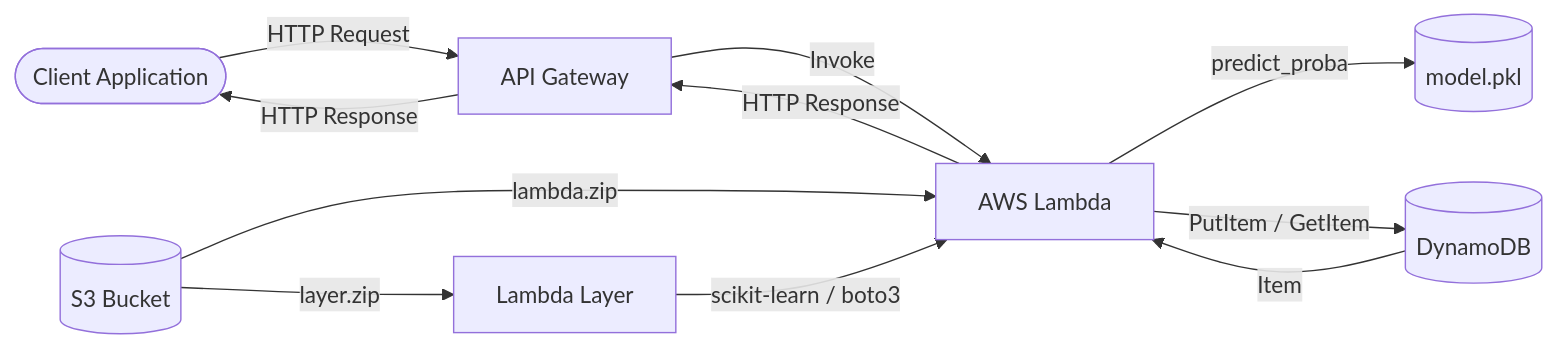
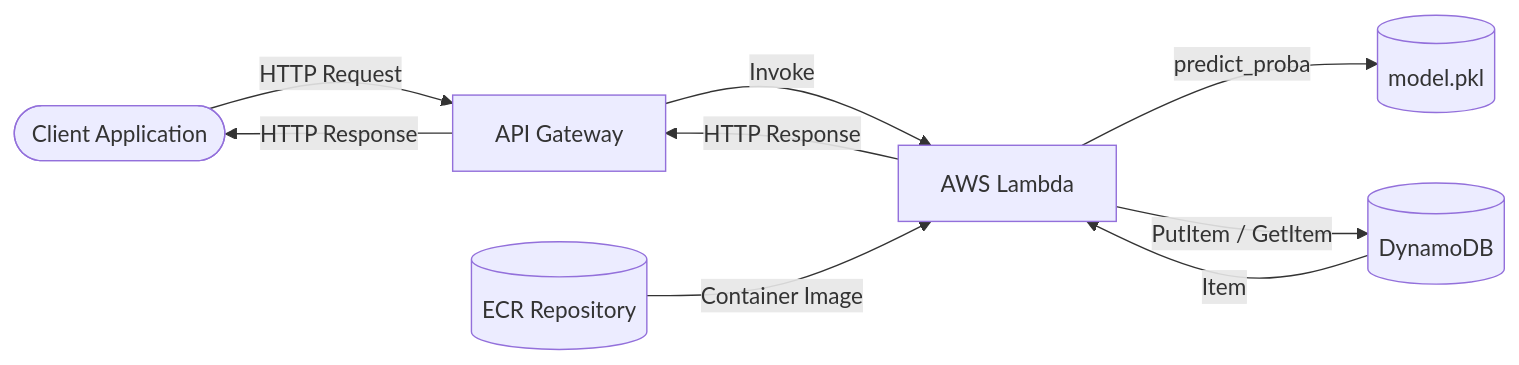
The first of 3 diagrams in README.md (sophie-pyxis/mlops_engineer_test_01), drawn with Mermaid before and after one commit. The commit also changed other lines of this file and 3 other files, not shown here.

Commit message:
fix(infra): substitui Lambda Layer por container image no ECR para contornar limite de 250MB

````diff
--- a/README.md
+++ b/README.md
@@ -9,21 +9,18 @@
 ```mermaid
 flowchart LR
     Client([Client Application])
     APIGW[API Gateway]
     Lambda[AWS Lambda]
-    Layer[Lambda Layer]
+    ECR[(ECR Repository)]
     Model[(model.pkl)]
     Dynamo[(DynamoDB)]
-    S3[(S3 Bucket)]
 
     Client -->|HTTP Request| APIGW
     APIGW -->|Invoke| Lambda
     Lambda -->|predict_proba| Model
     Lambda -->|PutItem / GetItem| Dynamo
     Dynamo -->|Item| Lambda
     Lambda -->|HTTP Response| APIGW
     APIGW -->|HTTP Response| Client
-    S3 -->|lambda.zip| Lambda
-    S3 -->|layer.zip| Layer
-    Layer -->|scikit-learn / boto3| Lambda
+    ECR -->|Container Image| Lambda
 ```
````
